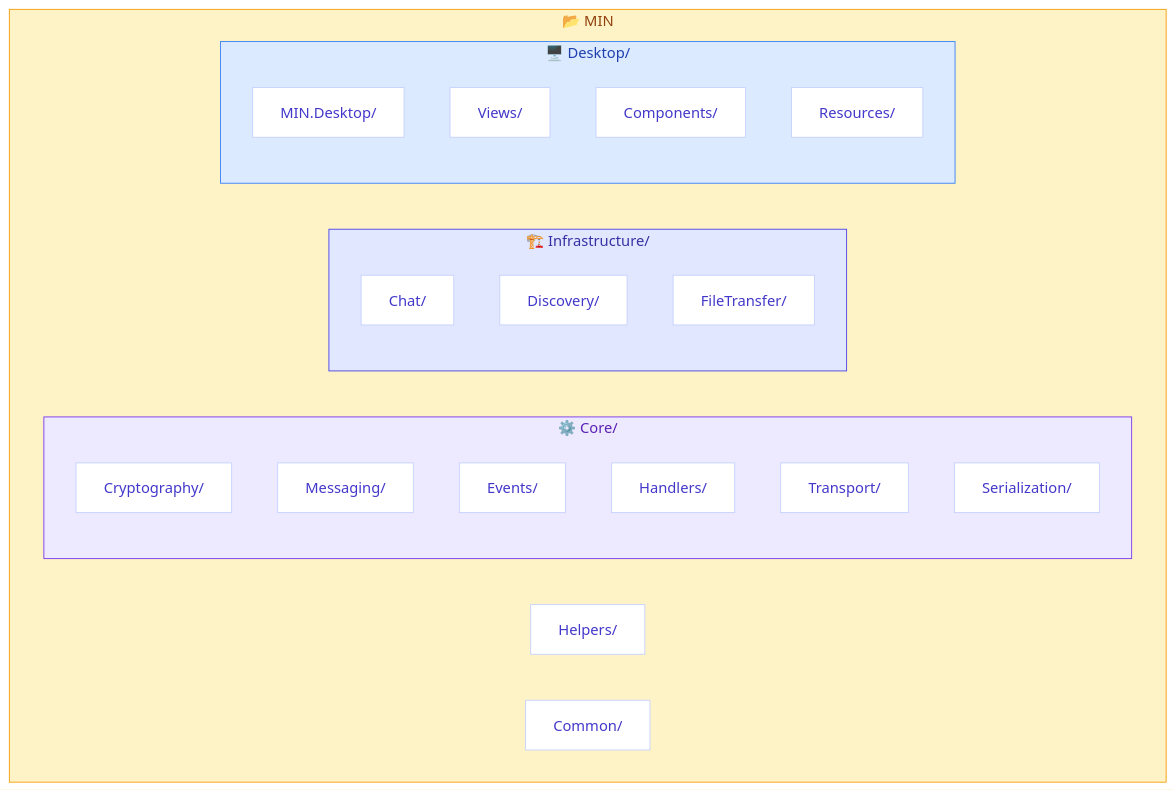
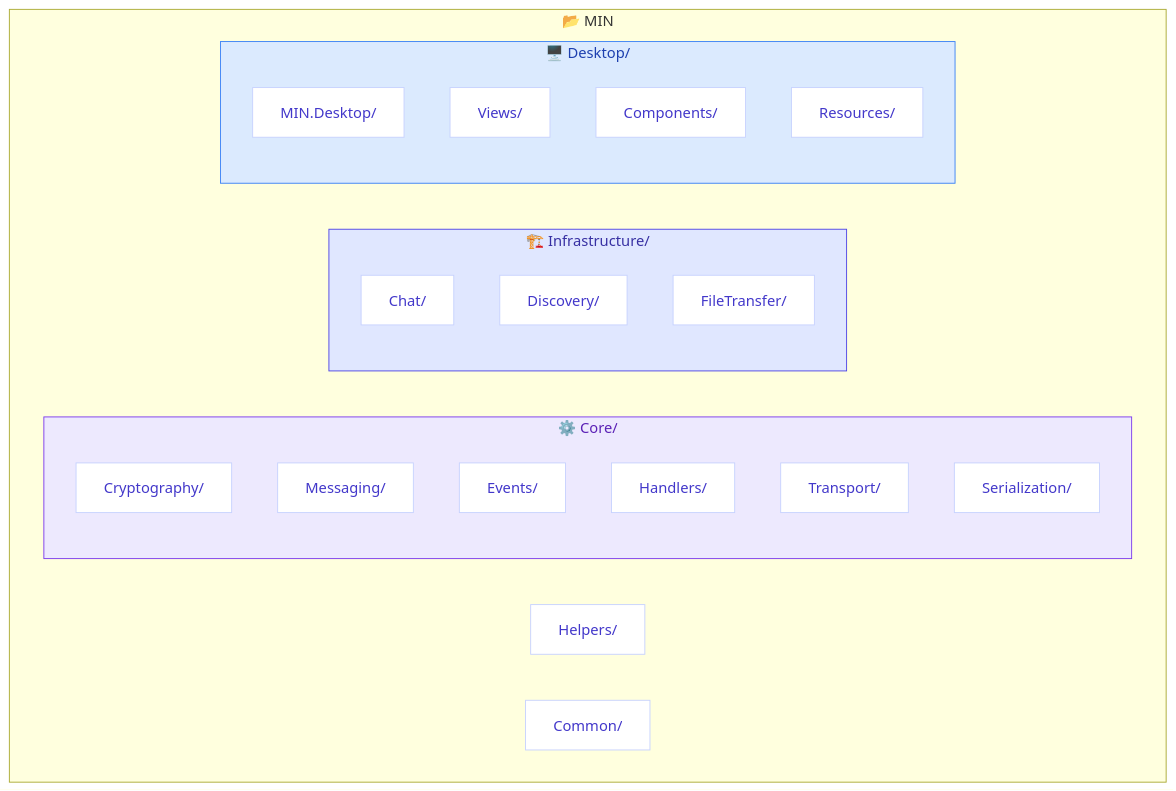
One commit to CasCadeVR/MIN changed the second of 3 diagrams in README.md. Above: the diagram before and after it, drawn with Mermaid. The commit also changed other lines of this file, not shown here.

````diff
--- a/README.md
+++ b/README.md
@@ -166,39 +172,37 @@
 ```mermaid
 flowchart TB
-    classDef rootFolder fill:#fef3c7,stroke:#f59e0b,color:#92400e
     classDef coreFolder fill:#ede9fe,stroke:#7c3aed,color:#5b21b6
     classDef infraFolder fill:#e0e7ff,stroke:#4f46e5,color:#3730a3
     classDef deskFolder fill:#dbeafe,stroke:#3b82f6,color:#1e40af
     classDef folder fill:#f5f3ff,stroke:#c7c2ea,color:#312e81
     classDef file fill:#fff,stroke:#c7d2fe,color:#4338ca
     
     subgraph MIN["📂 MIN"]
         subgraph CORE["⚙️ Core/"]
             G["Cryptography/"]
             H["Messaging/"]
             I["Events/"]
             J["Handlers/"]
             K["Transport/"]
             L["Serialization/"]
         end
         subgraph INF["🏗️ Infrastructure/"]
             M["Chat/"]
             N["Discovery/"]
             O["FileTransfer/"]
         end
         subgraph DESK["🖥️ Desktop/"]
             P["MIN.Desktop/"]
             Q["Views/"]
             R["Components/"]
             S["Resources/"]
         end
         T["Helpers/"]
         U["Common/"]
     end
     
-    class MIN rootFolder
     class CORE coreFolder
     class INF infraFolder
     class DESK deskFolder
     class G,H,I,J,K,L,M,N,O,P,Q,R,S,T,U file
 ```
````
